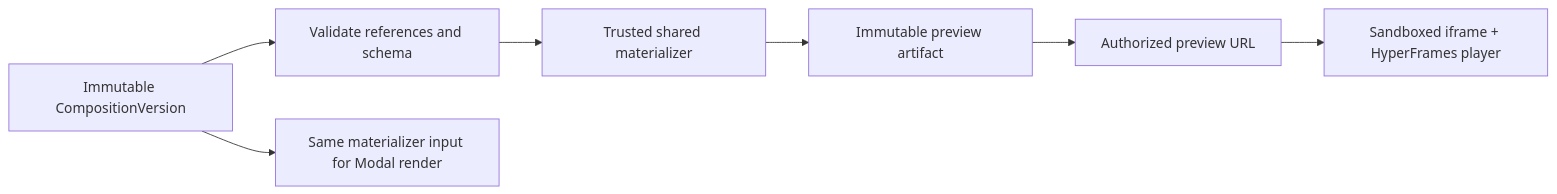
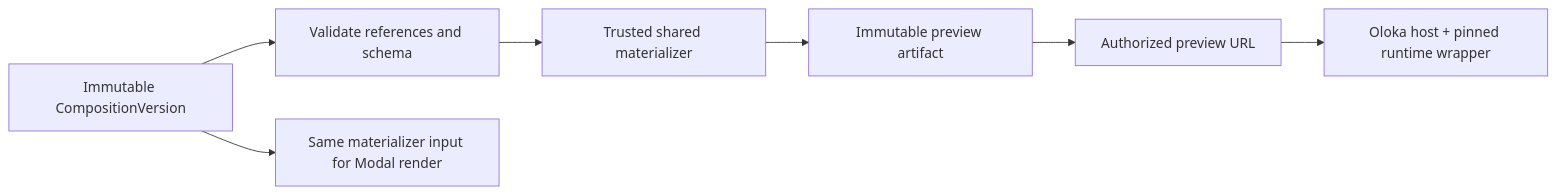
Before and after one commit to phucsd1/Oloka_Video: the diagram in docs/architecture/PREVIEW_RUNTIME_V1.md, drawn with Mermaid. The commit also changed other lines of this file and 62 other files, not shown here.

````diff
--- a/docs/architecture/PREVIEW_RUNTIME_V1.md
+++ b/docs/architecture/PREVIEW_RUNTIME_V1.md
@@ -7,9 +11,9 @@
 ```mermaid
 flowchart LR
   V["Immutable CompositionVersion"] --> G["Validate references and schema"]
   G --> M["Trusted shared materializer"]
   M --> A["Immutable preview artifact"]
   A --> U["Authorized preview URL"]
-  U --> I["Sandboxed iframe + HyperFrames player"]
+  U --> I["Oloka host + pinned runtime wrapper"]
   V --> R["Same materializer input for Modal render"]
 ```
````
